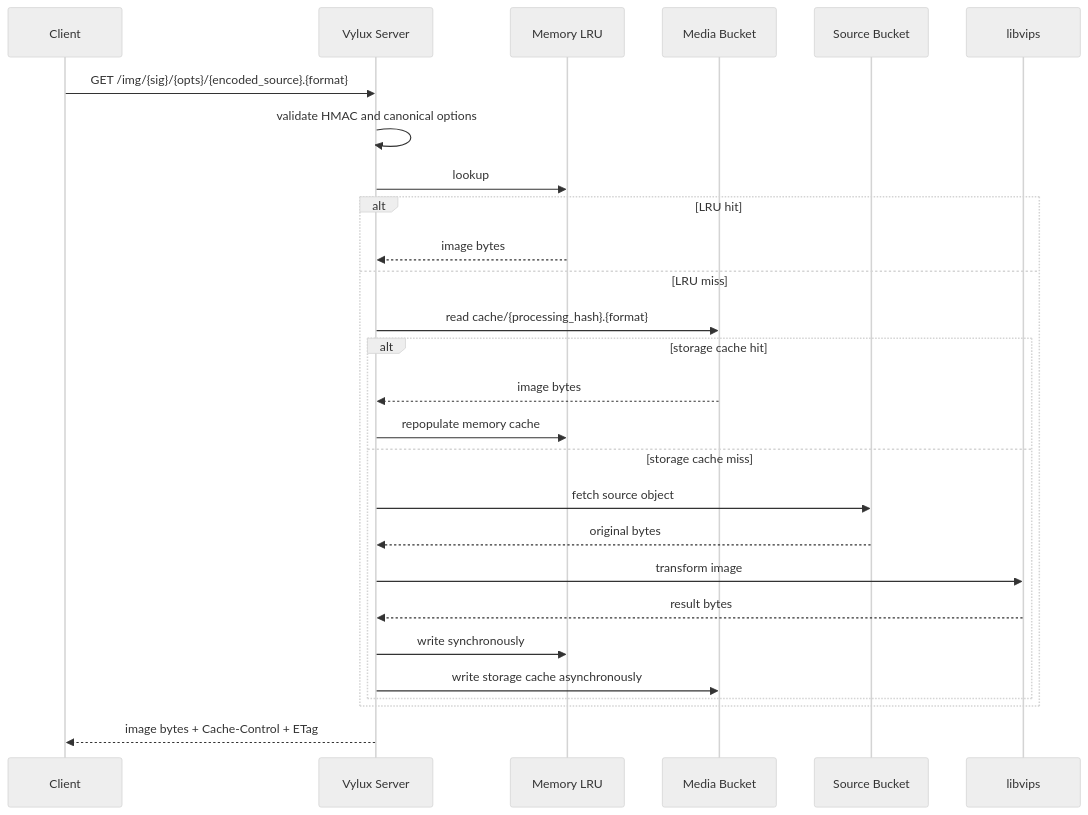
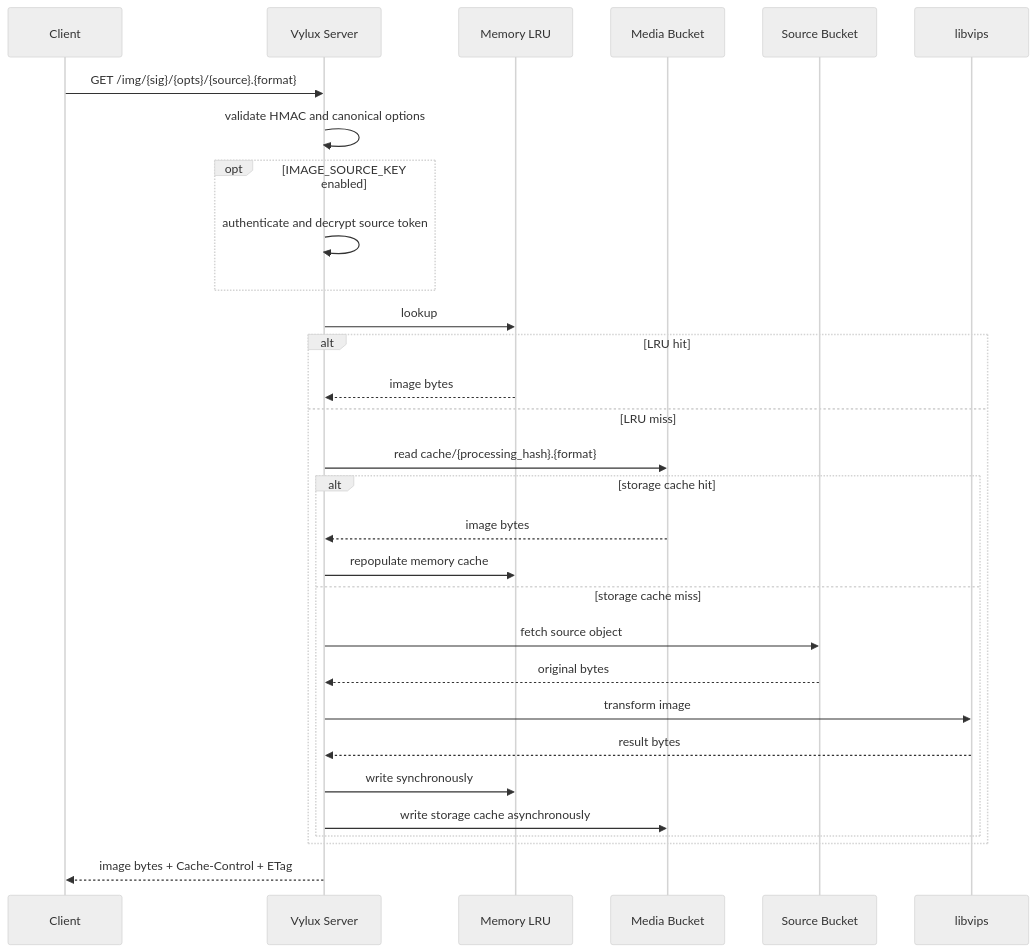
The first of 3 diagrams in docs/architecture/request-lifecycle.md (carry0987/Vylux), drawn with Mermaid (neutral theme) before and after one commit. The commit also changed 27 other files, not shown here.

First line of the commit message:
feat(manual): support encrypted image source URLs

````diff
--- a/docs/architecture/request-lifecycle.md
+++ b/docs/architecture/request-lifecycle.md
@@ -32,30 +32,33 @@
 ```mermaid
 sequenceDiagram
 	participant Client
 	participant Server as Vylux Server
 	participant LRU as Memory LRU
 	participant Media as Media Bucket
 	participant Source as Source Bucket
 	participant Vips as libvips
 
-	Client->>Server: GET /img/{sig}/{opts}/{encoded_source}.{format}
+	Client->>Server: GET /img/{sig}/{opts}/{source}.{format}
 	Server->>Server: validate HMAC and canonical options
+	opt IMAGE_SOURCE_KEY enabled
+		Server->>Server: authenticate and decrypt source token
+	end
 	Server->>LRU: lookup
 	alt LRU hit
 		LRU-->>Server: image bytes
 	else LRU miss
 		Server->>Media: read cache/{processing_hash}.{format}
 		alt storage cache hit
 			Media-->>Server: image bytes
 			Server->>LRU: repopulate memory cache
 		else storage cache miss
 			Server->>Source: fetch source object
 			Source-->>Server: original bytes
 			Server->>Vips: transform image
 			Vips-->>Server: result bytes
 			Server->>LRU: write synchronously
 			Server->>Media: write storage cache asynchronously
 		end
 	end
 	Server-->>Client: image bytes + Cache-Control + ETag
 ```
````
